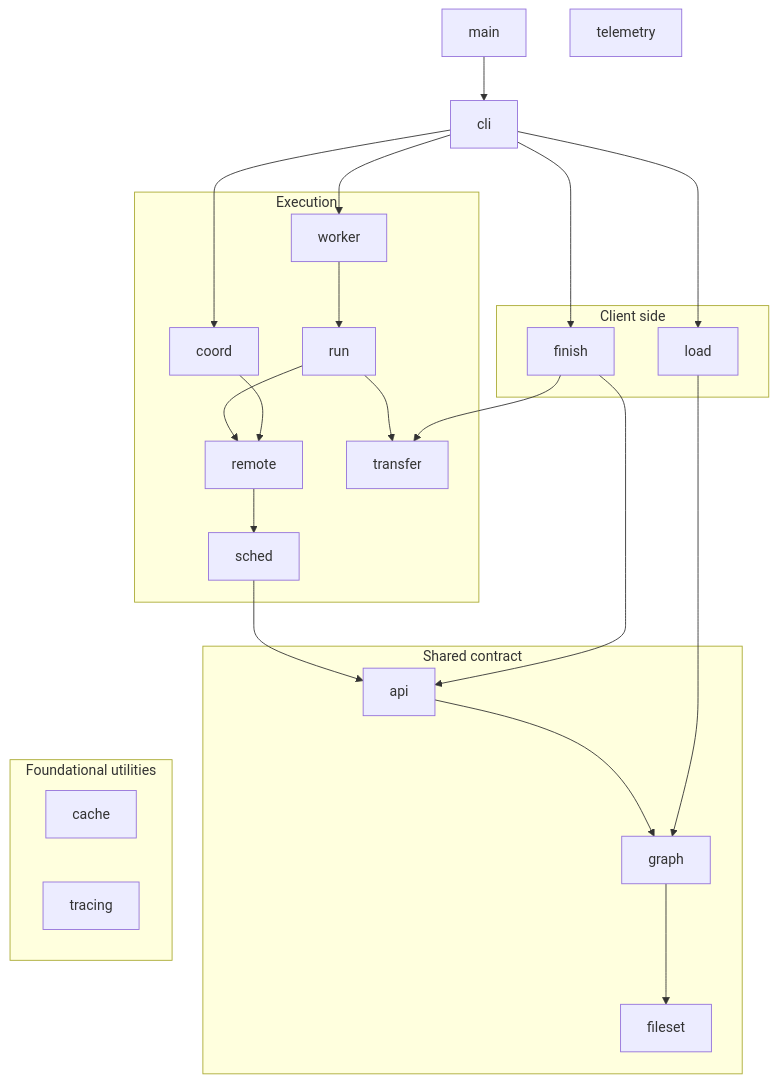
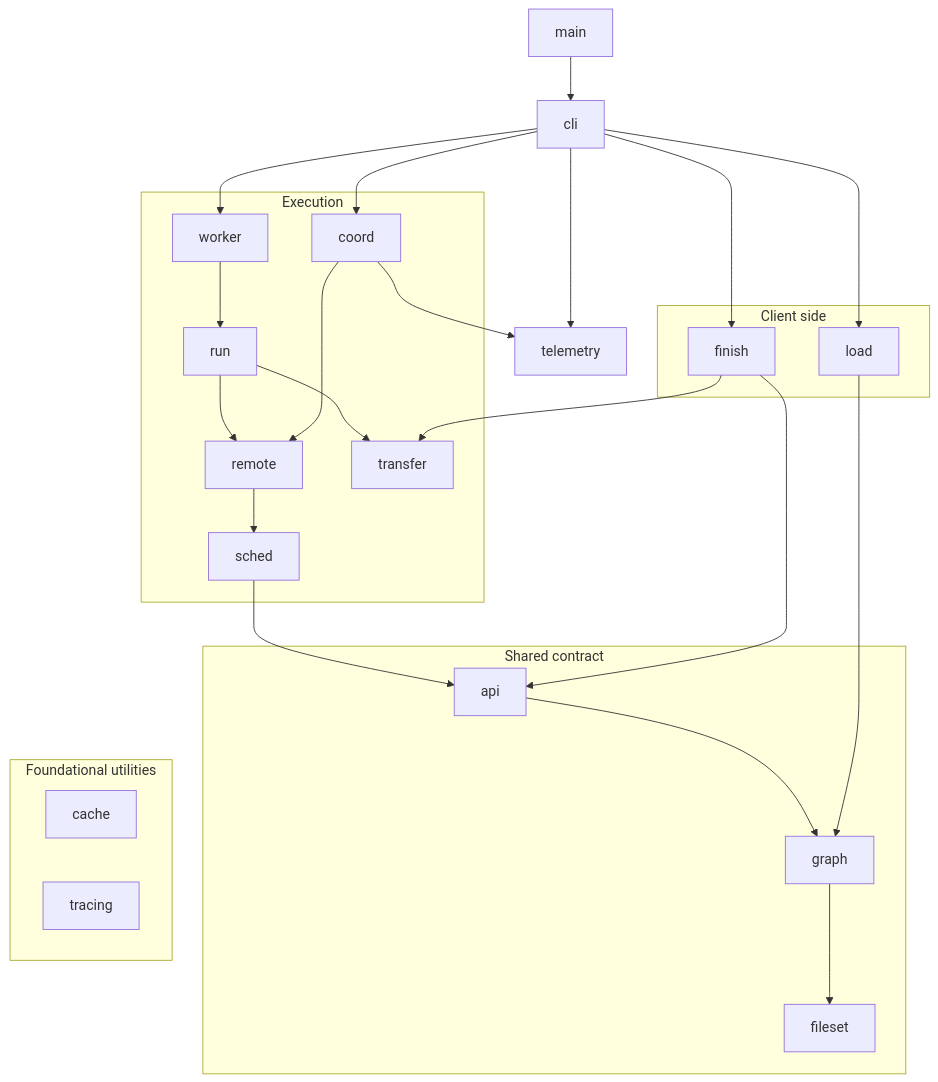
Before and after one commit to vamos-build/vamos: the first of 2 diagrams in docs/design/package-layering.md, drawn with Mermaid. The commit also changed 17 other files, not shown here.

````diff
--- a/docs/design/package-layering.md
+++ b/docs/design/package-layering.md
@@ -17,38 +17,40 @@
 ```mermaid
 flowchart TB
     main --> cli
 
     cli --> load & finish & coord & worker
 
     subgraph clientpkgs["Client side"]
         load
         finish
     end
 
     subgraph execpkgs["Execution"]
         worker --> run
         run --> remote
         run --> transfer
         coord --> remote
         remote --> sched
     end
 
     subgraph contract["Shared contract"]
         sched --> api
         api --> graphpkg["graph"]
         graphpkg --> fileset
         transfer
     end
 
     subgraph foundation["Foundational utilities"]
         cache
         tracing
     end
 
     telemetry
 
+    cli --> telemetry
+    coord --> telemetry
     finish --> api
     finish --> transfer
     load --> graphpkg
     contract ~~~ foundation
 ```
````
